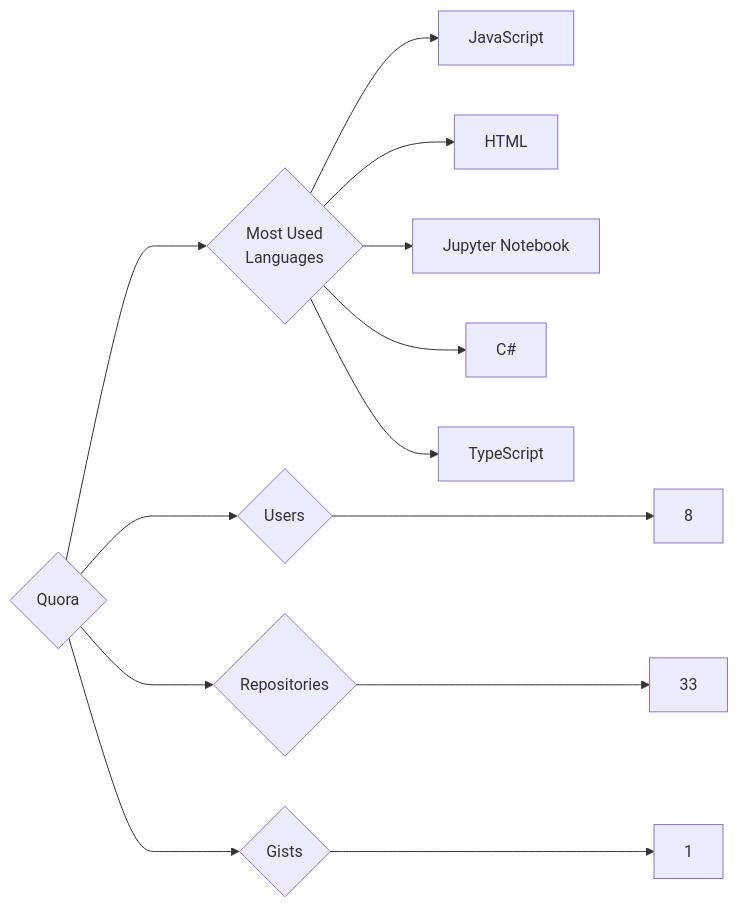
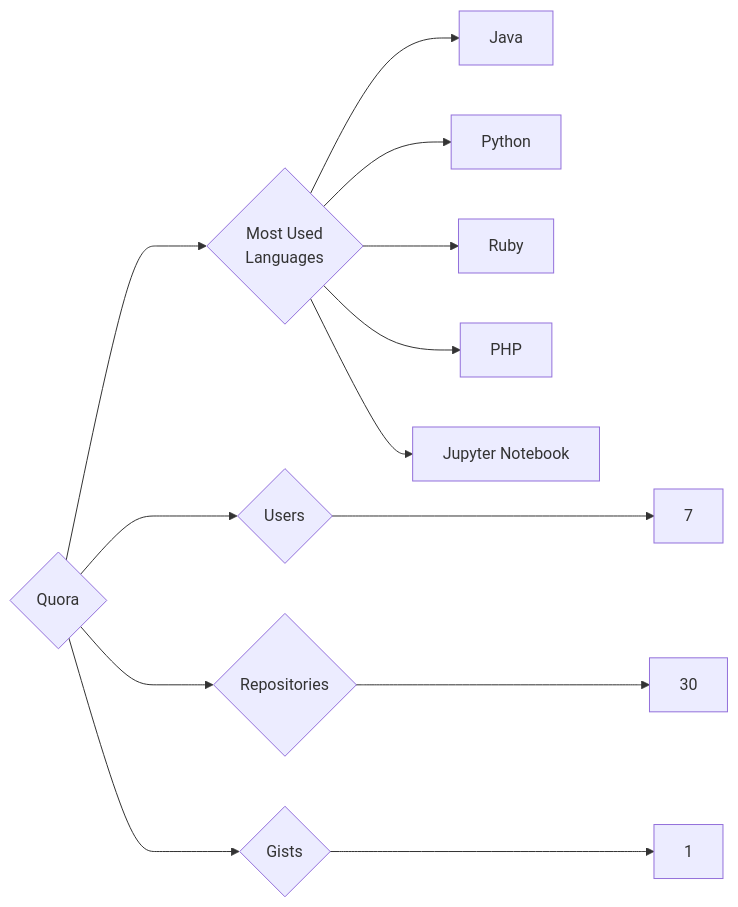
Before and after one commit to trickest/insiders: the diagram in targets/Quora/README.md, drawn with Mermaid. The commit also changed 964 other files, not shown here.

````diff
--- a/targets/Quora/README.md
+++ b/targets/Quora/README.md
@@ -3,13 +3,13 @@
 ```mermaid
 graph LR
 COMPANY_NAME{Quora}
-COMPANY_NAME ---> U{Users} ---> UN[8]
-COMPANY_NAME ---> R{Repositories} ---> RN[33]
+COMPANY_NAME ---> U{Users} ---> UN[7]
+COMPANY_NAME ---> R{Repositories} ---> RN[30]
 COMPANY_NAME ---> G{Gists} ---> GN[1]
 COMPANY_NAME ---> ML{Most Used<br>Languages}
-ML --> JavaScript[JavaScript]
-ML --> HTML[HTML]
+ML --> Java[Java]
+ML --> Python[Python]
+ML --> Ruby[Ruby]
+ML --> PHP[PHP]
 ML --> Jupyter_Notebook[Jupyter Notebook]
-ML --> C#[C#]
-ML --> TypeScript[TypeScript]
 ```
````
